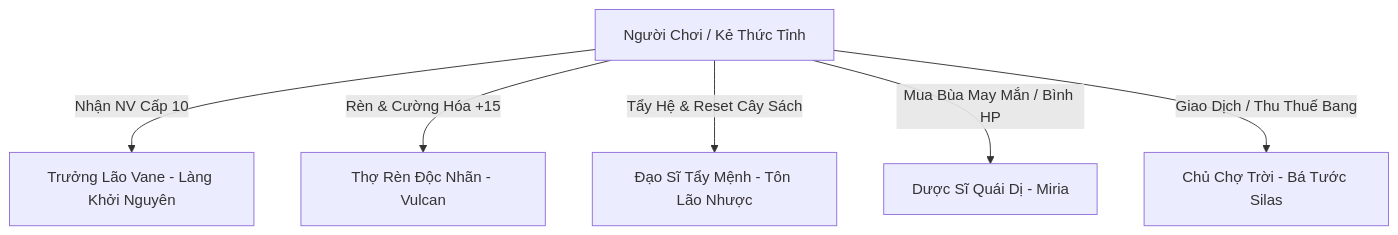
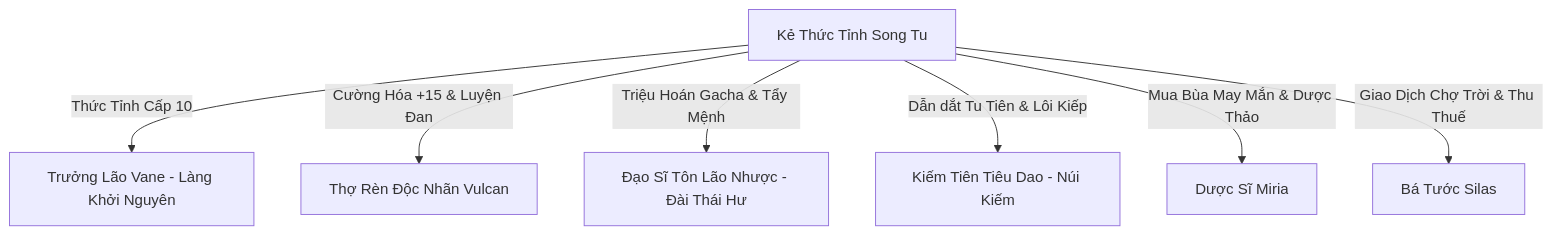
Before and after one commit to dajunctic/Echoes-of-Genesis: the second of 2 diagrams in Documents/01_COT_TRUYEN_THE_GIOI.md, drawn with Mermaid. The commit also changed other lines of this file and 6 other files, not shown here.

````diff
--- a/Documents/01_COT_TRUYEN_THE_GIOI.md
+++ b/Documents/01_COT_TRUYEN_THE_GIOI.md
@@ -71,8 +67,9 @@
 ```mermaid
 graph TD
-    Player[Người Chơi / Kẻ Thức Tỉnh] -->|Nhận NV Cấp 10| Elder[Trưởng Lão Vane - Làng Khởi Nguyên]
-    Player -->|Rèn & Cường Hóa +15| Smith[Thợ Rèn Độc Nhãn - Vulcan]
-    Player -->|Tẩy Hệ & Reset Cây Sách| Shaman[Đạo Sĩ Tẩy Mệnh - Tôn Lão Nhược]
-    Player -->|Mua Bùa May Mắn / Bình HP| Alchemist[Dược Sĩ Quái Dị - Miria]
-    Player -->|Giao Dịch / Thu Thuế Bang| Master[Chủ Chợ Trời - Bá Tước Silas]
+    Player[Kẻ Thức Tỉnh Song Tu] -->|Thức Tỉnh Cấp 10| Elder[Trưởng Lão Vane - Làng Khởi Nguyên]
+    Player -->|Cường Hóa +15 & Luyện Đan| Smith[Thợ Rèn Độc Nhãn Vulcan]
+    Player -->|Triệu Hoán Gacha & Tẩy Mệnh| Shaman[Đạo Sĩ Tôn Lão Nhược - Đài Thái Hư]
+    Player -->|Dẫn dắt Tu Tiên & Lôi Kiếp| SwordImmortal[Kiếm Tiên Tiêu Dao - Núi Kiếm]
+    Player -->|Mua Bùa May Mắn & Dược Thảo| Alchemist[Dược Sĩ Miria]
+    Player -->|Giao Dịch Chợ Trời & Thu Thuế| Master[Bá Tước Silas]
 ```
````
